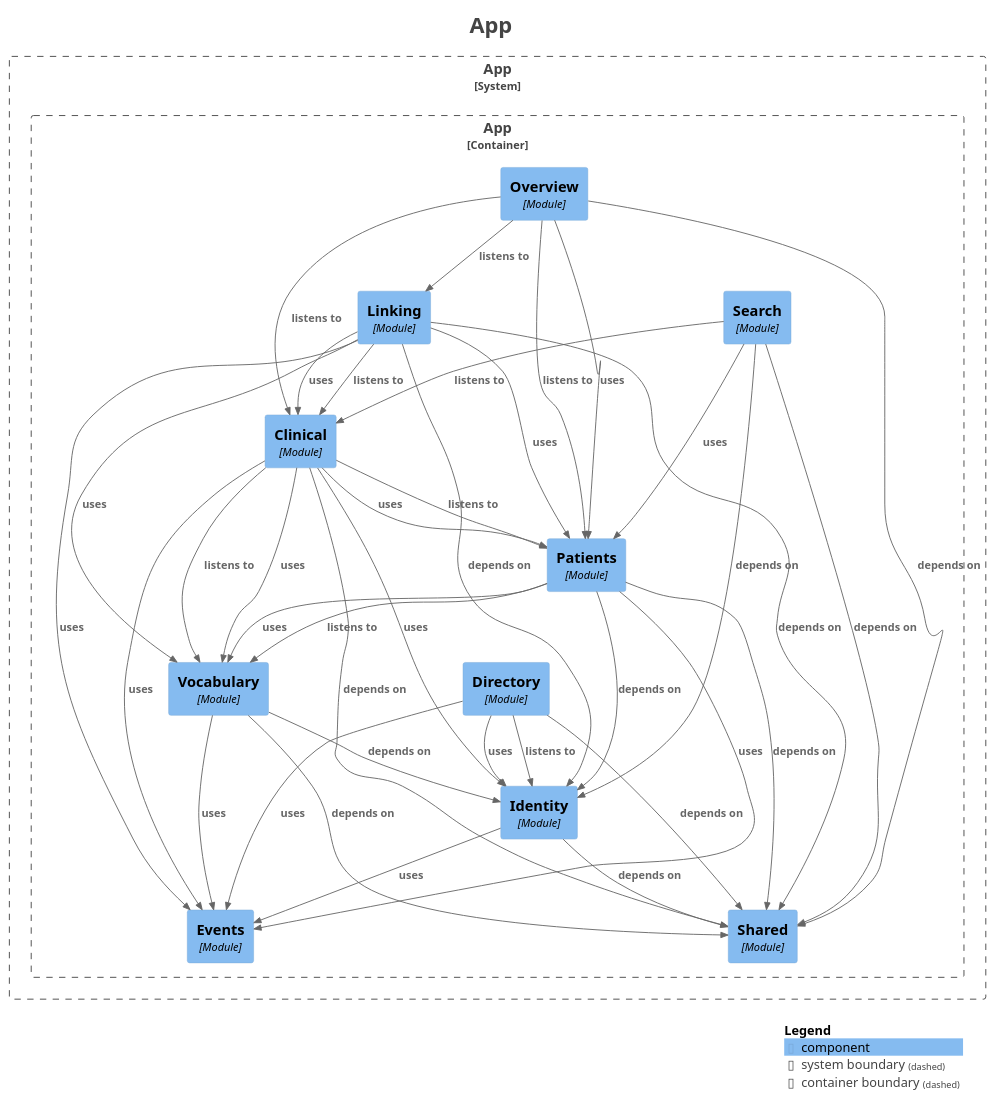
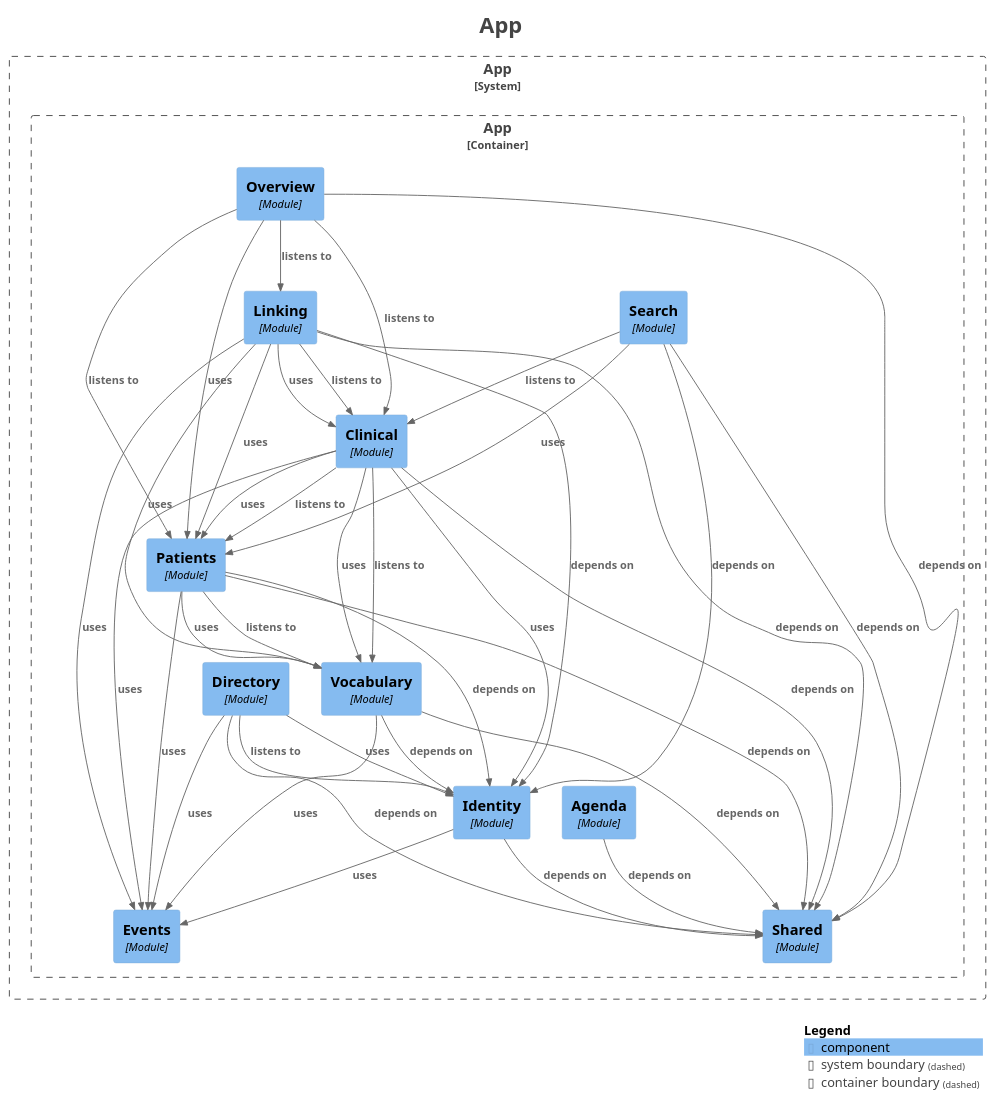
One commit to mrscams/psymate-api changed the diagram in docs/generated/components.puml. Above: the diagram before and after it, drawn with PlantUML. The commit also changed 24 other files, not shown here.

First line of the commit message:
M11-02 Module agenda : squelette et V12 (#89)

```diff
--- a/docs/generated/components.puml
+++ b/docs/generated/components.puml
@@ -1,74 +1,76 @@
 @startuml
 title <size:24>App</size>
 
 set separator none
 top to bottom direction
 
 <style>
   root {
     BackgroundColor: #ffffff
     FontColor: #444444
   }
 </style>
 
 !include <C4/C4>
 !include <C4/C4_Context>
 !include <C4/C4_Component>
 
 System_Boundary("App_boundary", "App", $tags="") {
   Container_Boundary("App.App_boundary", "App", $tags="") {
+    Component(App.App.Agenda, "Agenda", $techn="Module", $descr="", $tags="", $link="")
     Component(App.App.Clinical, "Clinical", $techn="Module", $descr="", $tags="", $link="")
     Component(App.App.Directory, "Directory", $techn="Module", $descr="", $tags="", $link="")
     Component(App.App.Events, "Events", $techn="Module", $descr="", $tags="", $link="")
     Component(App.App.Identity, "Identity", $techn="Module", $descr="", $tags="", $link="")
     Component(App.App.Linking, "Linking", $techn="Module", $descr="", $tags="", $link="")
     Component(App.App.Overview, "Overview", $techn="Module", $descr="", $tags="", $link="")
     Component(App.App.Patients, "Patients", $techn="Module", $descr="", $tags="", $link="")
     Component(App.App.Search, "Search", $techn="Module", $descr="", $tags="", $link="")
     Component(App.App.Shared, "Shared", $techn="Module", $descr="", $tags="", $link="")
     Component(App.App.Vocabulary, "Vocabulary", $techn="Module", $descr="", $tags="", $link="")
   }
 
 }
 
+Rel(App.App.Agenda, App.App.Shared, "depends on", $techn="", $tags="", $link="")
 Rel(App.App.Clinical, App.App.Events, "uses", $techn="", $tags="", $link="")
 Rel(App.App.Clinical, App.App.Identity, "uses", $techn="", $tags="", $link="")
 Rel(App.App.Clinical, App.App.Patients, "listens to", $techn="", $tags="", $link="")
 Rel(App.App.Clinical, App.App.Patients, "uses", $techn="", $tags="", $link="")
 Rel(App.App.Clinical, App.App.Shared, "depends on", $techn="", $tags="", $link="")
 Rel(App.App.Clinical, App.App.Vocabulary, "listens to", $techn="", $tags="", $link="")
 Rel(App.App.Clinical, App.App.Vocabulary, "uses", $techn="", $tags="", $link="")
 Rel(App.App.Directory, App.App.Events, "uses", $techn="", $tags="", $link="")
 Rel(App.App.Directory, App.App.Identity, "listens to", $techn="", $tags="", $link="")
 Rel(App.App.Directory, App.App.Identity, "uses", $techn="", $tags="", $link="")
 Rel(App.App.Directory, App.App.Shared, "depends on", $techn="", $tags="", $link="")
 Rel(App.App.Identity, App.App.Events, "uses", $techn="", $tags="", $link="")
 Rel(App.App.Identity, App.App.Shared, "depends on", $techn="", $tags="", $link="")
 Rel(App.App.Linking, App.App.Clinical, "listens to", $techn="", $tags="", $link="")
 Rel(App.App.Linking, App.App.Clinical, "uses", $techn="", $tags="", $link="")
 Rel(App.App.Linking, App.App.Events, "uses", $techn="", $tags="", $link="")
 Rel(App.App.Linking, App.App.Identity, "depends on", $techn="", $tags="", $link="")
 Rel(App.App.Linking, App.App.Patients, "uses", $techn="", $tags="", $link="")
 Rel(App.App.Linking, App.App.Shared, "depends on", $techn="", $tags="", $link="")
 Rel(App.App.Linking, App.App.Vocabulary, "uses", $techn="", $tags="", $link="")
 Rel(App.App.Overview, App.App.Clinical, "listens to", $techn="", $tags="", $link="")
 Rel(App.App.Overview, App.App.Linking, "listens to", $techn="", $tags="", $link="")
 Rel(App.App.Overview, App.App.Patients, "listens to", $techn="", $tags="", $link="")
 Rel(App.App.Overview, App.App.Patients, "uses", $techn="", $tags="", $link="")
 Rel(App.App.Overview, App.App.Shared, "depends on", $techn="", $tags="", $link="")
 Rel(App.App.Patients, App.App.Events, "uses", $techn="", $tags="", $link="")
 Rel(App.App.Patients, App.App.Identity, "depends on", $techn="", $tags="", $link="")
 Rel(App.App.Patients, App.App.Shared, "depends on", $techn="", $tags="", $link="")
 Rel(App.App.Patients, App.App.Vocabulary, "listens to", $techn="", $tags="", $link="")
 Rel(App.App.Patients, App.App.Vocabulary, "uses", $techn="", $tags="", $link="")
 Rel(App.App.Search, App.App.Clinical, "listens to", $techn="", $tags="", $link="")
 Rel(App.App.Search, App.App.Identity, "depends on", $techn="", $tags="", $link="")
 Rel(App.App.Search, App.App.Patients, "uses", $techn="", $tags="", $link="")
 Rel(App.App.Search, App.App.Shared, "depends on", $techn="", $tags="", $link="")
 Rel(App.App.Vocabulary, App.App.Events, "uses", $techn="", $tags="", $link="")
 Rel(App.App.Vocabulary, App.App.Identity, "depends on", $techn="", $tags="", $link="")
 Rel(App.App.Vocabulary, App.App.Shared, "depends on", $techn="", $tags="", $link="")
 
 SHOW_LEGEND(true)
 hide stereotypes
 @enduml
```
